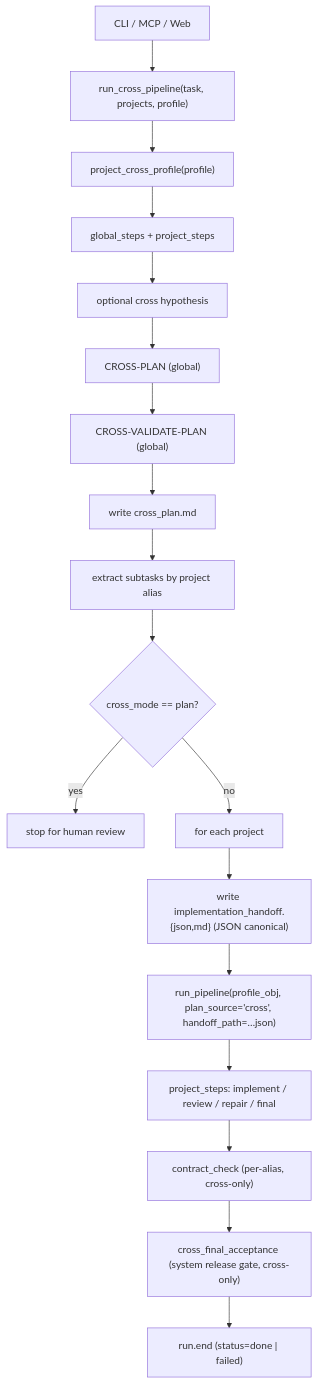
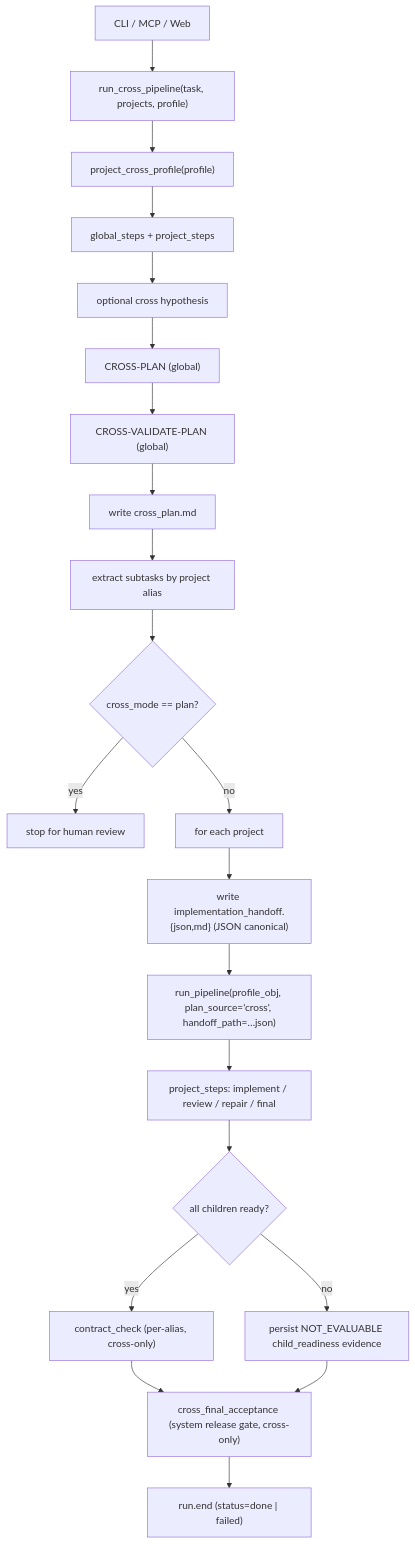
Before and after one commit to symphos-ai/orcho-core: the second of 3 diagrams in docs/architecture/cross_project_pipeline.md, drawn with Mermaid. The commit also changed other lines of this file and 13 other files, not shown here.

First line of the commit message:
fix(cross): Fail closed on non-ready child runs

````diff
--- a/docs/architecture/cross_project_pipeline.md
+++ b/docs/architecture/cross_project_pipeline.md
@@ -117,20 +155,23 @@
 ```mermaid
 flowchart TD
   A["CLI / MCP / Web"] --> B["run_cross_pipeline(task, projects, profile)"]
   B --> C["project_cross_profile(profile)"]
   C --> D["global_steps + project_steps"]
   D --> E["optional cross hypothesis"]
   E --> F["CROSS-PLAN (global)"]
   F --> G["CROSS-VALIDATE-PLAN (global)"]
   G --> H["write cross_plan.md"]
   H --> I["extract subtasks by project alias"]
   I --> J{"cross_mode == plan?"}
   J -->|yes| K["stop for human review"]
   J -->|no| L["for each project"]
   L --> M["write implementation_handoff.{json,md} (JSON canonical)"]
   M --> N["run_pipeline(profile_obj, plan_source='cross', handoff_path=…json)"]
   N --> O["project_steps: implement / review / repair / final"]
-  O --> P["contract_check (per-alias, cross-only)"]
-  P --> R["cross_final_acceptance (system release gate, cross-only)"]
-  R --> Q["run.end (status=done | failed)"]
+  O --> P{"all children ready?"}
+  P -->|yes| R["contract_check (per-alias, cross-only)"]
+  P -->|no| S["persist NOT_EVALUABLE child_readiness evidence"]
+  R --> T["cross_final_acceptance (system release gate, cross-only)"]
+  S --> T
+  T --> Q["run.end (status=done | failed)"]
 ```
````
